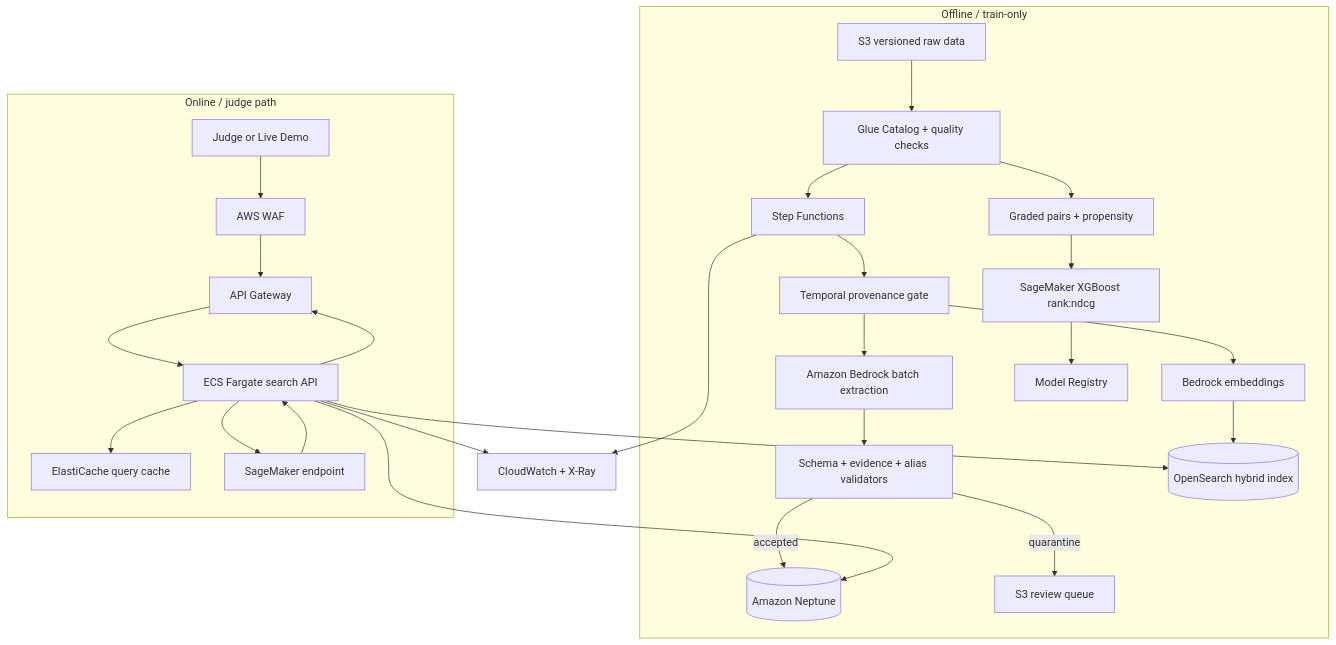
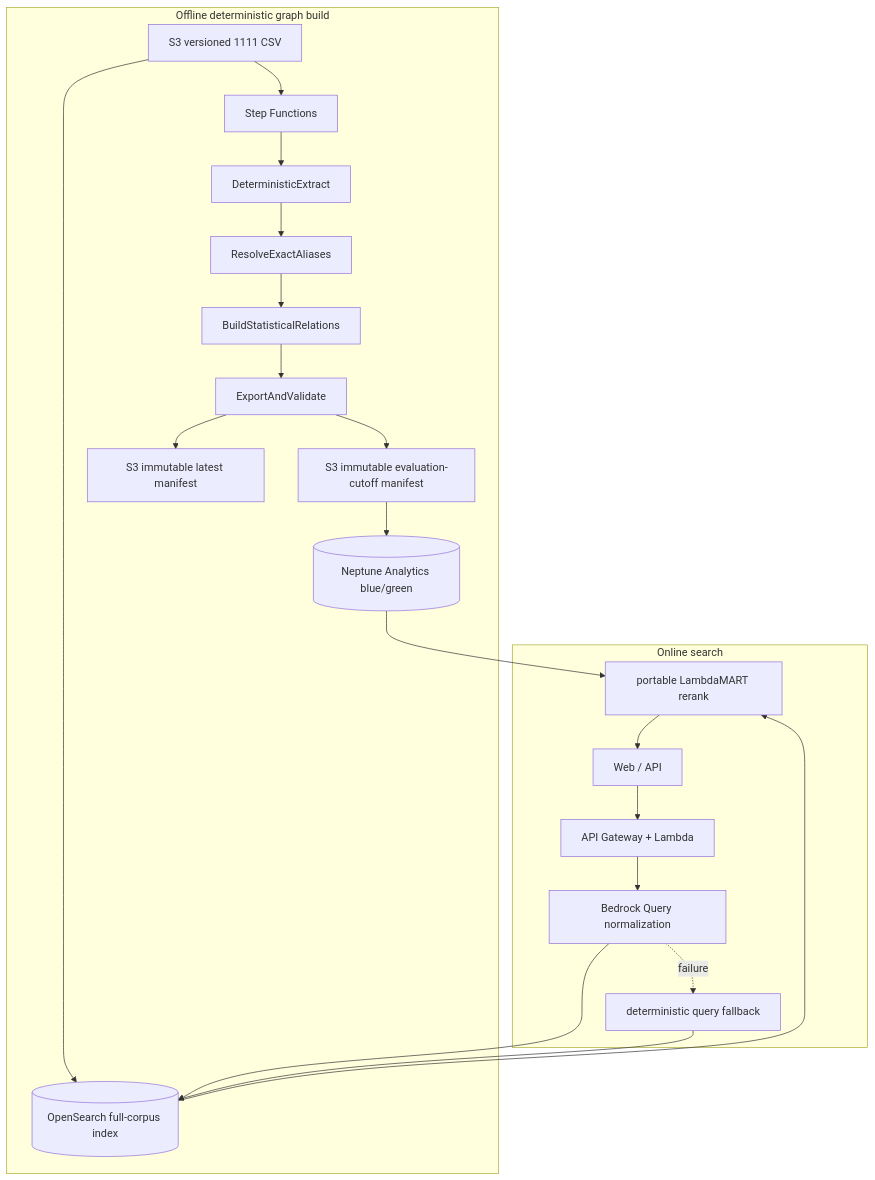
One commit to Jimmy200504/aws-hackathon changed the diagram in docs/aws-architecture.md. Above: the diagram before and after it, drawn with Mermaid. The commit also changed other lines of this file and 89 other files, not shown here.

Commit message:
Replace offline graph build with deterministic pipeline

````diff
--- a/docs/aws-architecture.md
+++ b/docs/aws-architecture.md
@@ -5,32 +5,25 @@
 ```mermaid
 flowchart TB
-  subgraph Offline["Offline / train-only"]
-    RAW[S3 versioned raw data] --> GLUE[Glue Catalog + quality checks]
-    GLUE --> SFN[Step Functions]
-    SFN --> GATE[Temporal provenance gate]
-    GATE --> BR[Amazon Bedrock batch extraction]
-    BR --> VALIDATE[Schema + evidence + alias validators]
-    VALIDATE -->|accepted| NEP[(Amazon Neptune)]
-    VALIDATE -->|quarantine| REVIEW[S3 review queue]
-    GATE --> EMB[Bedrock embeddings]
-    EMB --> OS[(OpenSearch hybrid index)]
-    GLUE --> PAIRS[Graded pairs + propensity]
-    PAIRS --> SMTRAIN[SageMaker XGBoost rank:ndcg]
-    SMTRAIN --> REG[Model Registry]
+  subgraph Offline["Offline deterministic graph build"]
+    RAW["S3 versioned 1111 CSV"] --> SFN["Step Functions"]
+    SFN --> EX["DeterministicExtract"]
+    EX --> RESOLVE["ResolveExactAliases"]
+    RESOLVE --> REL["BuildStatisticalRelations"]
+    REL --> EXPORT["ExportAndValidate"]
+    EXPORT --> CUT["S3 immutable evaluation-cutoff manifest"]
+    EXPORT --> LATEST["S3 immutable latest manifest"]
+    CUT --> NEP[("Neptune Analytics blue/green")]
+    RAW --> OS[("OpenSearch full-corpus index")]
   end
 
-  subgraph Online["Online / judge path"]
-    JUDGE[Judge or Live Demo] --> WAF[AWS WAF]
-    WAF --> APIGW[API Gateway]
-    APIGW --> ECS[ECS Fargate search API]
-    ECS --> CACHE[ElastiCache query cache]
-    ECS --> OS
-    ECS --> NEP
-    ECS --> SM[SageMaker endpoint]
-    SM --> ECS
-    ECS --> APIGW
+  subgraph Online["Online search"]
+    USER["Web / API"] --> API["API Gateway + Lambda"]
+    API --> QN["Bedrock Query normalization"]
+    QN -. "failure" .-> FALLBACK["deterministic query fallback"]
+    QN --> OS
+    FALLBACK --> OS
+    OS --> RANK["portable LambdaMART rerank"]
+    NEP --> RANK
+    RANK --> USER
   end
-
-  ECS --> CW[CloudWatch + X-Ray]
-  SFN --> CW
 ```
````
